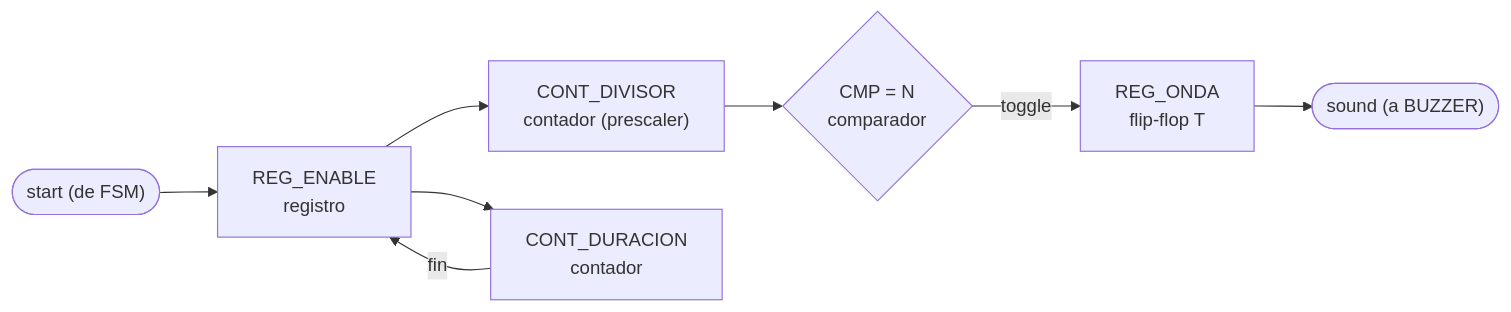
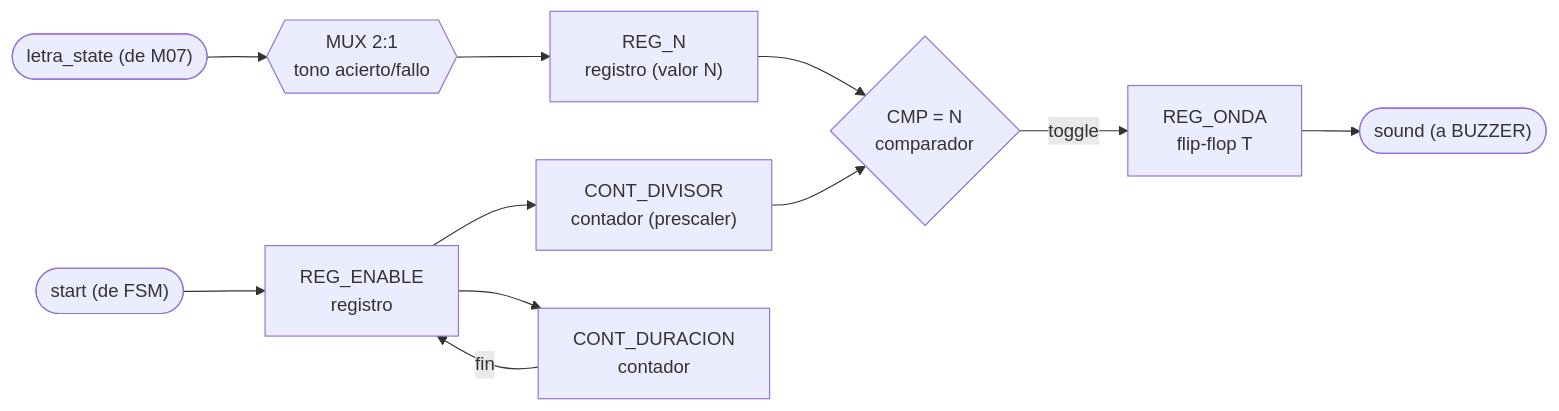
One commit to Taller-de-diseno-digital-GR01/Proyecto-2-Ahorcado changed the third of 13 diagrams in docs/diseño/diagramas/nivel03.md. Above: the diagram before and after it, drawn with Mermaid. The commit also changed other lines of this file and 1 other file, not shown here.

````diff
--- a/docs/diseño/diagramas/nivel03.md
+++ b/docs/diseño/diagramas/nivel03.md
@@ -156,10 +172,13 @@
 ```mermaid
 flowchart LR
     IN_START(["start (de FSM)"]) --> REG_EN["REG_ENABLE<br/>registro"]
+    IN_STATE(["letra_state (de M07)"]) --> MUX1{{"MUX 2:1<br/>tono acierto/fallo"}}
+    MUX1 --> REG_N["REG_N<br/>registro (valor N)"]
     REG_EN --> CNT_DIV["CONT_DIVISOR<br/>contador (prescaler)"]
-    CNT_DIV --> CMP1{"CMP = N<br/>comparador"}
+    REG_N --> CMP1{"CMP = N<br/>comparador"}
+    CNT_DIV --> CMP1
     CMP1 -->|toggle| REG_SQ["REG_ONDA<br/>flip-flop T"]
     REG_SQ --> OUT_SND(["sound (a BUZZER)"])
     CNT_DUR["CONT_DURACION<br/>contador"] -->|fin| REG_EN
     REG_EN --> CNT_DUR
 ```
````
